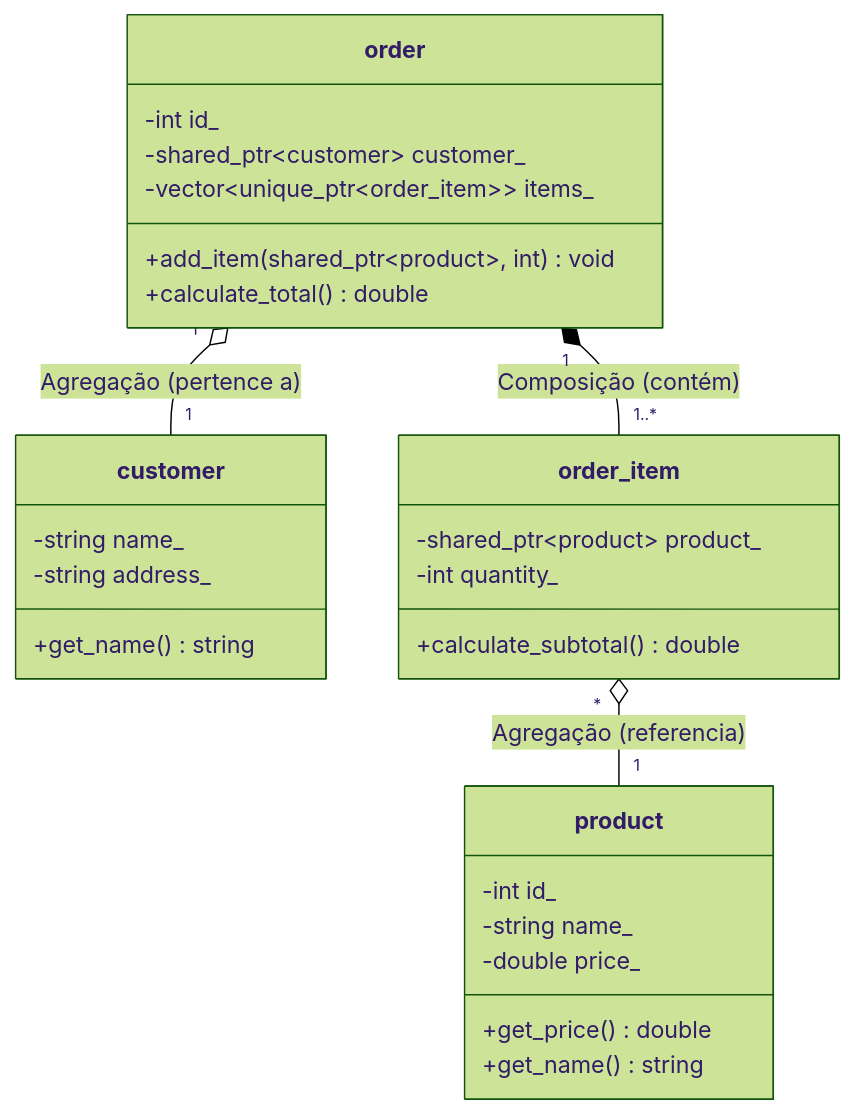
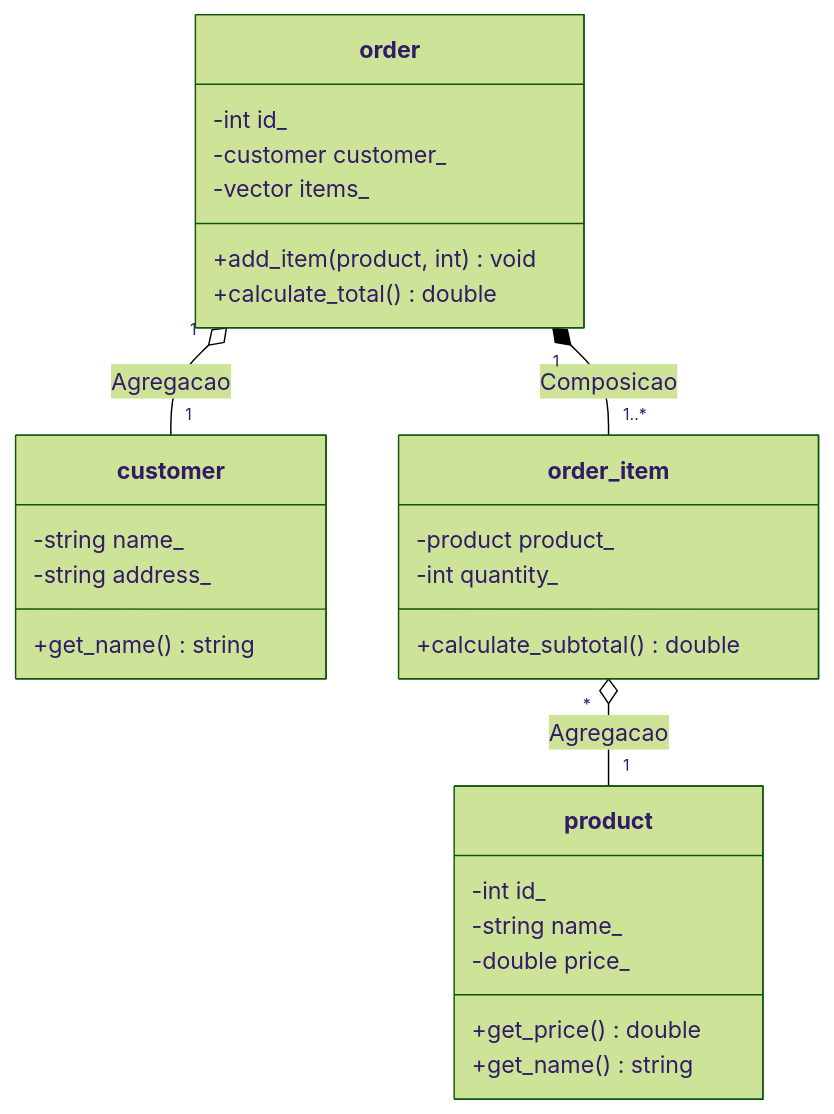
Before and after one commit to Nando001145k/Sistema-de-delivery: the diagram in README.md, drawn with Mermaid (forest theme).

````diff
--- a/README.md
+++ b/README.md
@@ -10,35 +10,34 @@
 ```mermaid
 classDiagram
     class customer {
         -string name_
         -string address_
         +get_name() string
     }
 
     class product {
         -int id_
         -string name_
         -double price_
         +get_price() double
         +get_name() string
     }
 
     class order_item {
-        -shared_ptr~product~ product_
+        -product product_
         -int quantity_
         +calculate_subtotal() double
     }
 
     class order {
         -int id_
-        -shared_ptr~customer~ customer_
-        -vector~unique_ptr~order_item~~ items_
-        +add_item(shared_ptr~product~, int) void
+        -customer customer_
+        -vector items_
+        +add_item(product, int) void
         +calculate_total() double
     }
 
-    order "1" *-- "1..*" order_item : Composição (contém)
-    order "1" o-- "1" customer : Agregação (pertence a)
-    order_item "*" o-- "1" product : Agregação (referencia)
-    
+    order "1" *-- "1..*" order_item : Composicao
+    order "1" o-- "1" customer : Agregacao
+    order_item "*" o-- "1" product : Agregacao
 ```
````
